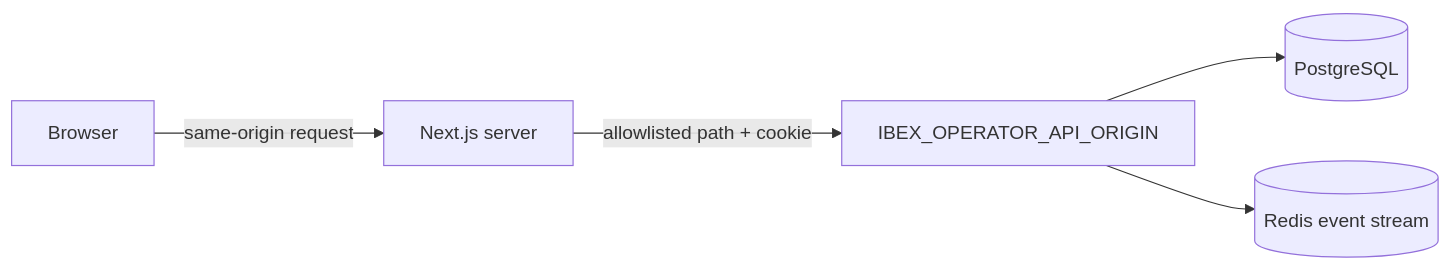
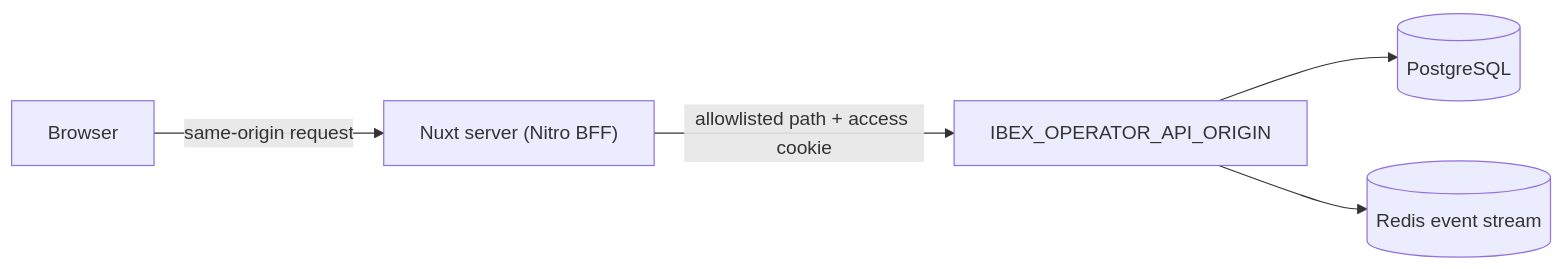
Before and after one commit to Rick1330/ibex-harness: the diagram in site/content/docs/11.operations/08.console.md, drawn with Mermaid. The commit also changed other lines of this file and 775 other files, not shown here.

First line of the commit message:
feat(console): scope the operator console to the memory/context lifecycle (#1049)

````diff
--- a/site/content/docs/11.operations/08.console.md
+++ b/site/content/docs/11.operations/08.console.md
@@ -43,7 +68,7 @@
 ```mermaid
 flowchart LR
-  Browser["Browser"] -->|same-origin request| Console["Next.js server"]
-  Console -->|allowlisted path + cookie| API["IBEX_OPERATOR_API_ORIGIN"]
+  Browser["Browser"] -->|same-origin request| Console["Nuxt server (Nitro BFF)"]
+  Console -->|allowlisted path + access cookie| API["IBEX_OPERATOR_API_ORIGIN"]
   API --> PG[(PostgreSQL)]
   API --> Bus[(Redis event stream)]
 ```
````
